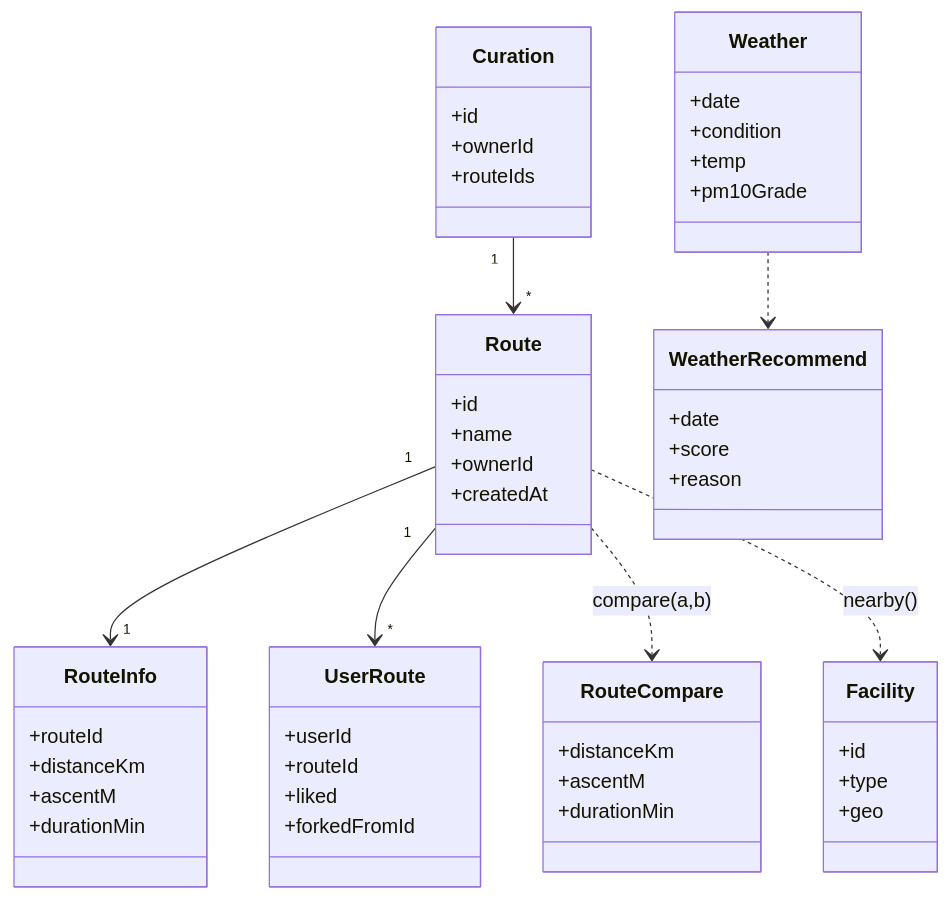
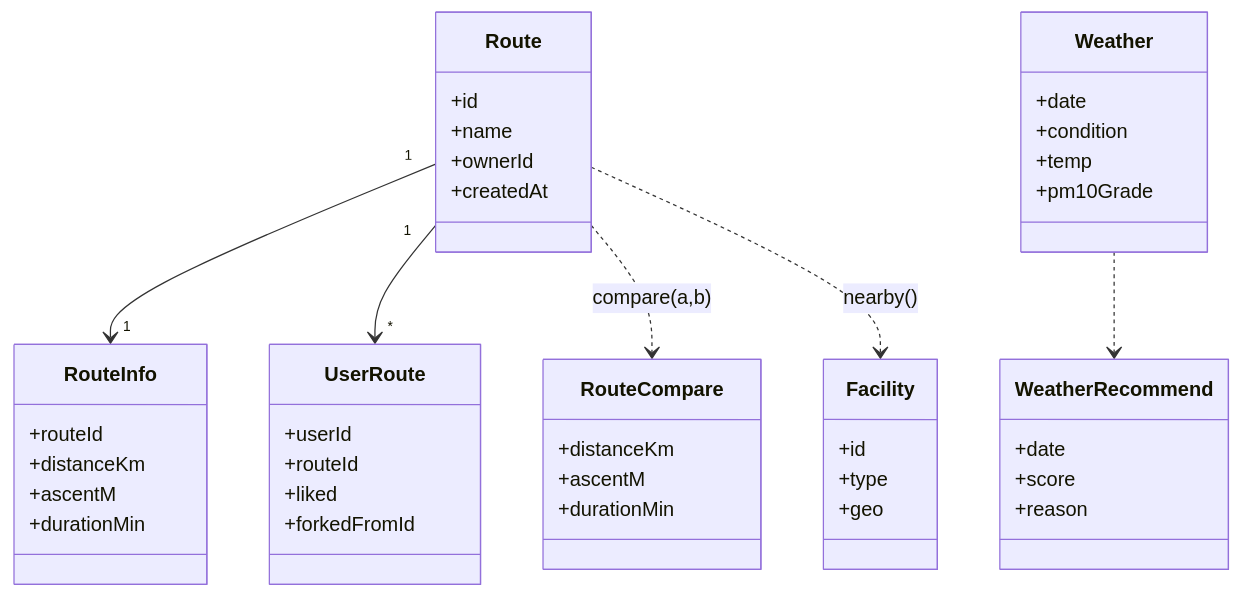
One commit to gomj-runnable/runnable2.0 changed the diagram in docs/wiki/3-Domain-Model.md. Above: the diagram before and after it, drawn with Mermaid. The commit also changed other lines of this file and 33 other files, not shown here.

````diff
--- a/docs/wiki/3-Domain-Model.md
+++ b/docs/wiki/3-Domain-Model.md
@@ -52,53 +51,47 @@
 ```mermaid
 classDiagram
     class Route {
       +id
       +name
       +ownerId
       +createdAt
     }
     class RouteInfo {
       +routeId
       +distanceKm
       +ascentM
       +durationMin
     }
     class RouteCompare {
       +distanceKm
       +ascentM
       +durationMin
     }
     class UserRoute {
       +userId
       +routeId
       +liked
       +forkedFromId
     }
     class Facility {
       +id
       +type
       +geo
     }
-    class Curation {
-      +id
-      +ownerId
-      +routeIds
-    }
     class Weather {
       +date
       +condition
       +temp
       +pm10Grade
     }
     class WeatherRecommend {
       +date
       +score
       +reason
     }
     Route "1" --> "1" RouteInfo
     Route "1" --> "*" UserRoute
     Route ..> RouteCompare : compare(a,b)
-    Curation "1" --> "*" Route
     Route ..> Facility : nearby()
     Weather ..> WeatherRecommend
 ```
````
